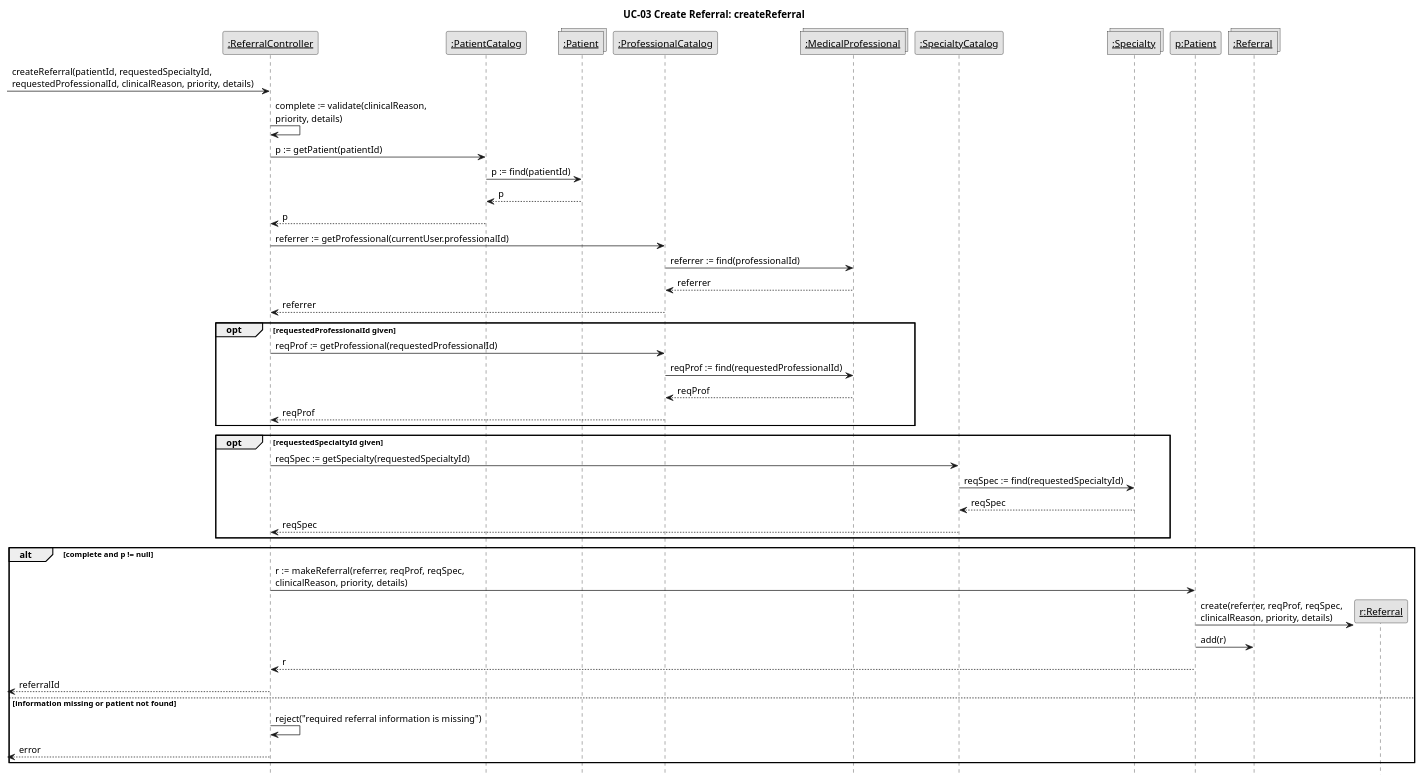
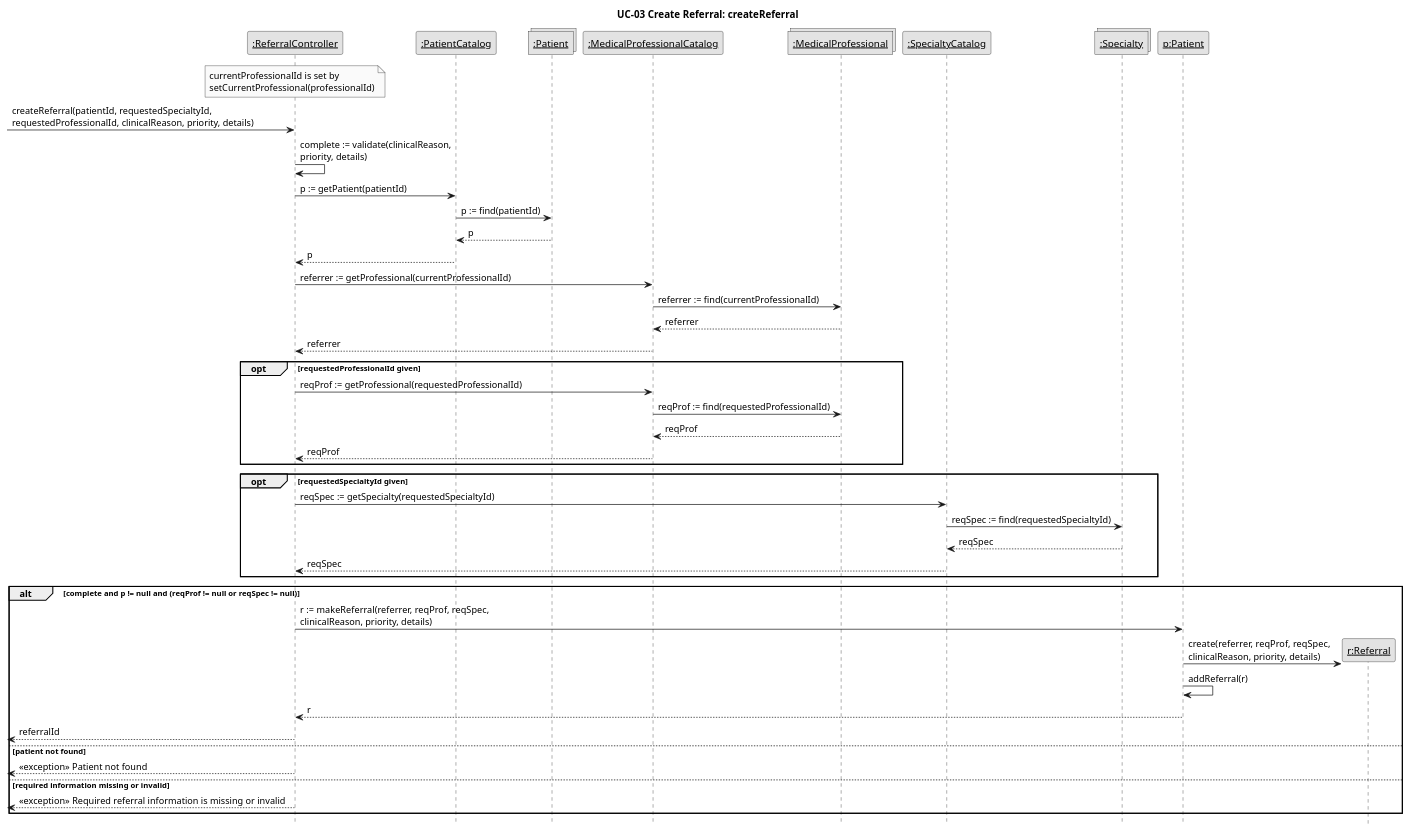
The diagram in Iteration2/InteractionDiagrams/SD_UC03_createReferral.puml (oumaymabennamoun/SOEN342-project), drawn with PlantUML before and after one commit. The commit also changed 11 other files, not shown here.

Commit message:
Update class diagram and sequence diagrams for Iteration 2 to match them

```diff
--- a/Iteration2/InteractionDiagrams/SD_UC03_createReferral.puml
+++ b/Iteration2/InteractionDiagrams/SD_UC03_createReferral.puml
@@ -1,52 +1,54 @@
 @startuml
 skinparam monochrome true
 skinparam shadowing false
 skinparam defaultFontName Arial
 skinparam sequenceMessageAlign left
 hide footbox
 title UC-03 Create Referral: createReferral
 
 participant "<u>:ReferralController</u>" as Ctrl
 participant "<u>:PatientCatalog</u>" as PC
 collections "<u>:Patient</u>" as Ps
-participant "<u>:ProfessionalCatalog</u>" as ProfC
+participant "<u>:MedicalProfessionalCatalog</u>" as ProfC
 collections "<u>:MedicalProfessional</u>" as MPs
 participant "<u>:SpecialtyCatalog</u>" as SC
 collections "<u>:Specialty</u>" as Sps
 participant "<u>p:Patient</u>" as P
-collections "<u>:Referral</u>" as Rs
+
+note over Ctrl : currentProfessionalId is set by\nsetCurrentProfessional(professionalId)
 
 [-> Ctrl : createReferral(patientId, requestedSpecialtyId,\nrequestedProfessionalId, clinicalReason, priority, details)
 Ctrl -> Ctrl : complete := validate(clinicalReason,\npriority, details)
 Ctrl -> PC : p := getPatient(patientId)
 PC -> Ps : p := find(patientId)
 Ps --> PC : p
 PC --> Ctrl : p
-Ctrl -> ProfC : referrer := getProfessional(currentUser.professionalId)
-ProfC -> MPs : referrer := find(professionalId)
+Ctrl -> ProfC : referrer := getProfessional(currentProfessionalId)
+ProfC -> MPs : referrer := find(currentProfessionalId)
 MPs --> ProfC : referrer
 ProfC --> Ctrl : referrer
 opt requestedProfessionalId given
   Ctrl -> ProfC : reqProf := getProfessional(requestedProfessionalId)
   ProfC -> MPs : reqProf := find(requestedProfessionalId)
   MPs --> ProfC : reqProf
   ProfC --> Ctrl : reqProf
 end
 opt requestedSpecialtyId given
   Ctrl -> SC : reqSpec := getSpecialty(requestedSpecialtyId)
   SC -> Sps : reqSpec := find(requestedSpecialtyId)
   Sps --> SC : reqSpec
   SC --> Ctrl : reqSpec
 end
-alt complete and p != null
+alt complete and p != null and (reqProf != null or reqSpec != null)
   Ctrl -> P : r := makeReferral(referrer, reqProf, reqSpec,\nclinicalReason, priority, details)
   create "<u>r:Referral</u>" as R
   P -> R : create(referrer, reqProf, reqSpec,\nclinicalReason, priority, details)
-  P -> Rs : add(r)
+  P -> P : addReferral(r)
   P --> Ctrl : r
   [<-- Ctrl : referralId
-else information missing or patient not found
-  Ctrl -> Ctrl : reject("required referral information is missing")
-  [<-- Ctrl : error
+else patient not found
+  [<-- Ctrl : <<exception>> Patient not found
+else required information missing or invalid
+  [<-- Ctrl : <<exception>> Required referral information is missing or invalid
 end
 @enduml
```
